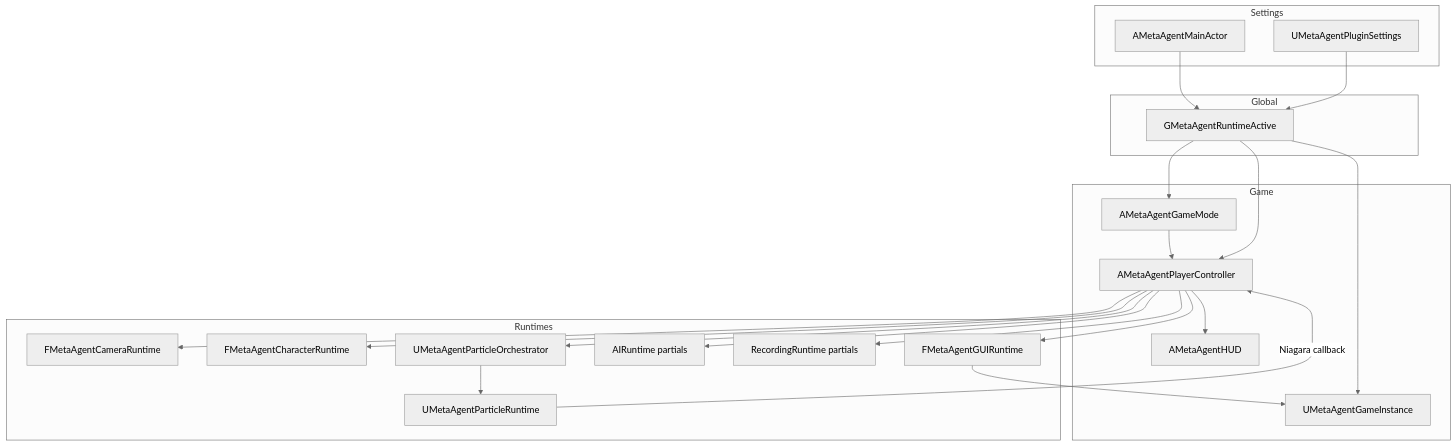
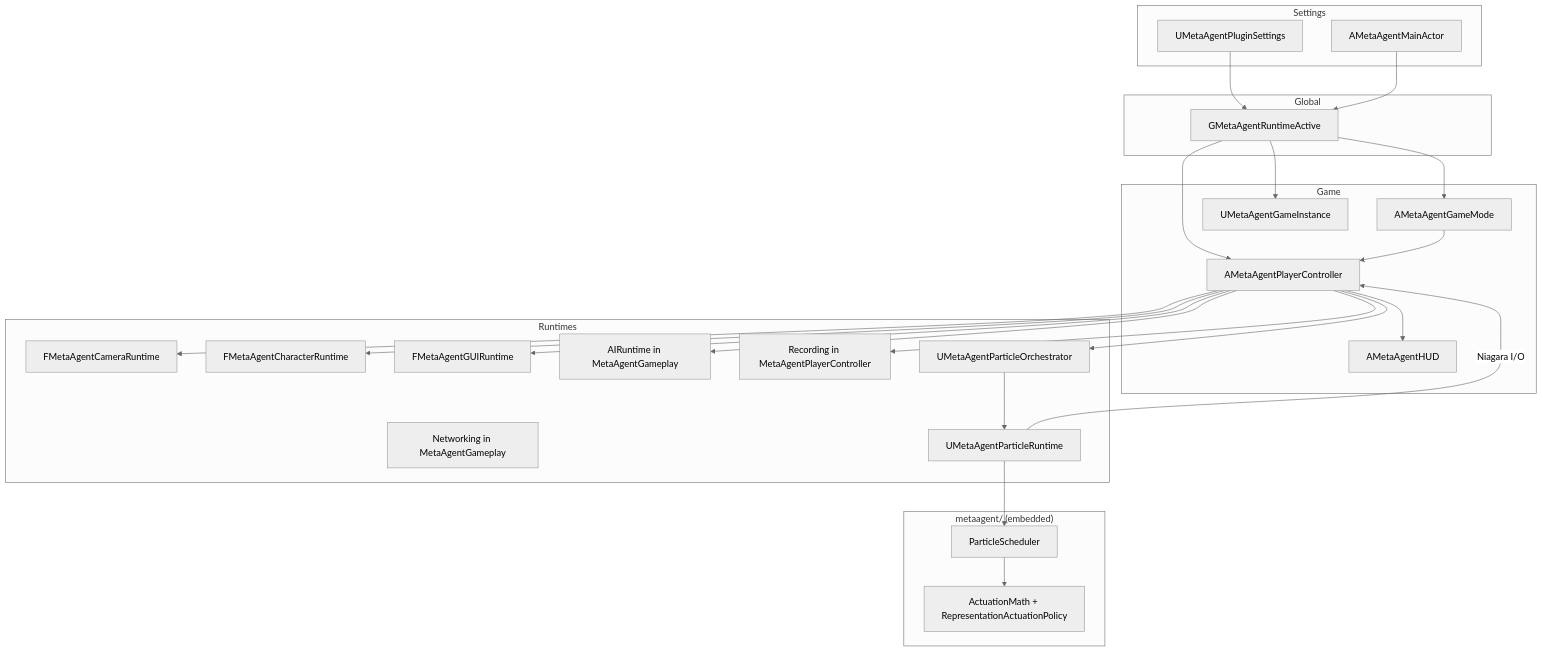
One commit to vecnode/metaagent-ue5-plugin changed the second of 6 diagrams in README.md. Above: the diagram before and after it, drawn with Mermaid (neutral theme). The commit also changed other lines of this file and 2 other files, not shown here.

````diff
--- a/README.md
+++ b/README.md
@@ -36,45 +35,52 @@
 ```mermaid
 flowchart TB
     subgraph Settings
         PS[UMetaAgentPluginSettings]
         MA[AMetaAgentMainActor]
     end
 
     subgraph Global
         G[GMetaAgentRuntimeActive]
     end
 
     subgraph Game
         GM[AMetaAgentGameMode]
         PC[AMetaAgentPlayerController]
         HUD[AMetaAgentHUD]
         GI[UMetaAgentGameInstance]
     end
 
     subgraph Runtimes
         CR[FMetaAgentCameraRuntime]
         CHR[FMetaAgentCharacterRuntime]
         GR[FMetaAgentGUIRuntime]
-        AR[AIRuntime partials]
-        RR[RecordingRuntime partials]
+        AR[AIRuntime in MetaAgentGameplay]
+        NR[Networking in MetaAgentGameplay]
+        RR[Recording in MetaAgentPlayerController]
         PO[UMetaAgentParticleOrchestrator]
         PR[UMetaAgentParticleRuntime]
+    end
+
+    subgraph Portable["metaagent/ (embedded)"]
+        SC[ParticleScheduler]
+        ACT[ActuationMath + RepresentationActuationPolicy]
     end
 
     PS --> G
     MA --> G
     G --> GM
     G --> PC
     G --> GI
     GM --> PC
     PC --> CR
     PC --> CHR
     PC --> GR
     PC --> AR
     PC --> RR
     PC --> PO
     PO --> PR
     PC --> HUD
-    GR --> GI
-    PR -->|Niagara callback| PC
+    PR --> SC
+    SC --> ACT
+    PR -->|Niagara I/O| PC
 ```
````
